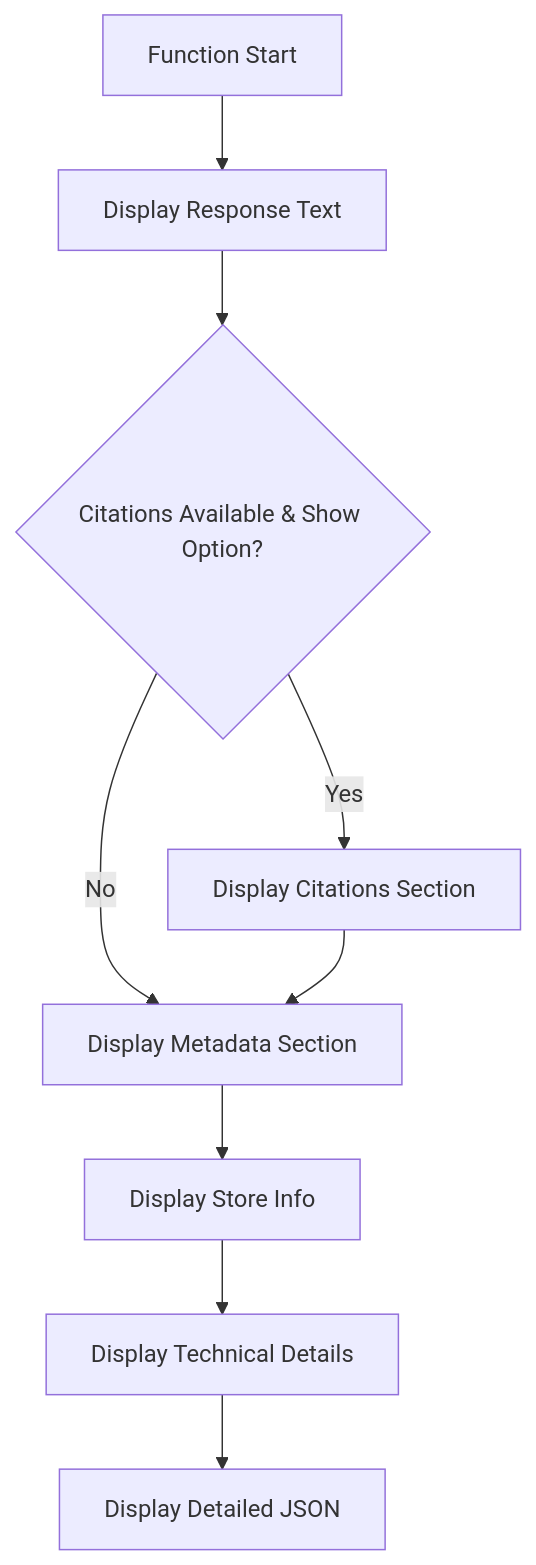
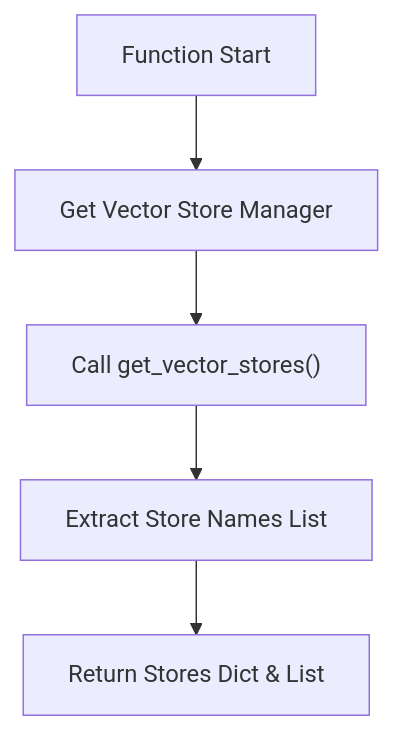
One commit to nakashima2toshio/openai_rag_app changed diagram 11 of 15 in doc/a30_30_rag_search.md. Above: the diagram before and after it, drawn with Mermaid. The commit also changed other lines of this file, not shown here.

````diff
--- a/doc/a30_30_rag_search.md
+++ b/doc/a30_30_rag_search.md
@@ -451,11 +521,7 @@
 ```mermaid
 graph TD
-    A["Function Start"] --> B["Display Response Text"]
-    B --> C{"Citations Available & Show Option?"}
-    C -->|Yes| D["Display Citations Section"]
-    C -->|No| E["Display Metadata Section"]
-    D --> E
-    E --> F["Display Store Info"]
-    F --> G["Display Technical Details"]
-    G --> H["Display Detailed JSON"]
+    A["Function Start"] --> B["Get Vector Store Manager"]
+    B --> C["Call get_vector_stores()"]
+    C --> D["Extract Store Names List"]
+    D --> E["Return Stores Dict & List"]
 ```
````
